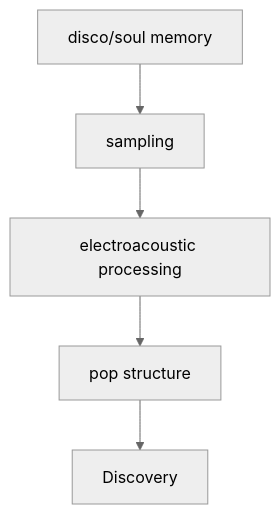
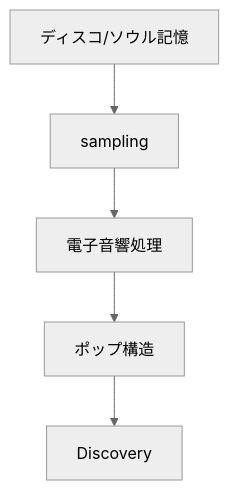
One commit to monumental-movement/monumental-movement.github.io changed the second of 11 diagrams in en/_posts/2026-07-01-column-influential-album-03.md. Above: the diagram before and after it, drawn with Mermaid (neutral theme). The commit also changed other lines of this file and 2196 other files, not shown here.

```diff
--- a/en/_posts/2026-07-01-column-influential-album-03.md
+++ b/en/_posts/2026-07-01-column-influential-album-03.md
@@ -211,11 +209,11 @@
 <div class="mermaid">
 flowchart TD
-A[disco/soul memory]
+A[ディスコ/ソウル記憶]
 B[sampling]
-C[electroacoustic processing]
-D[pop structure]
+C[電子音響処理]
+D[ポップ構造]
 E[Discovery]
 
 A --> B --> C --> D --> E
 
 </div>
```
